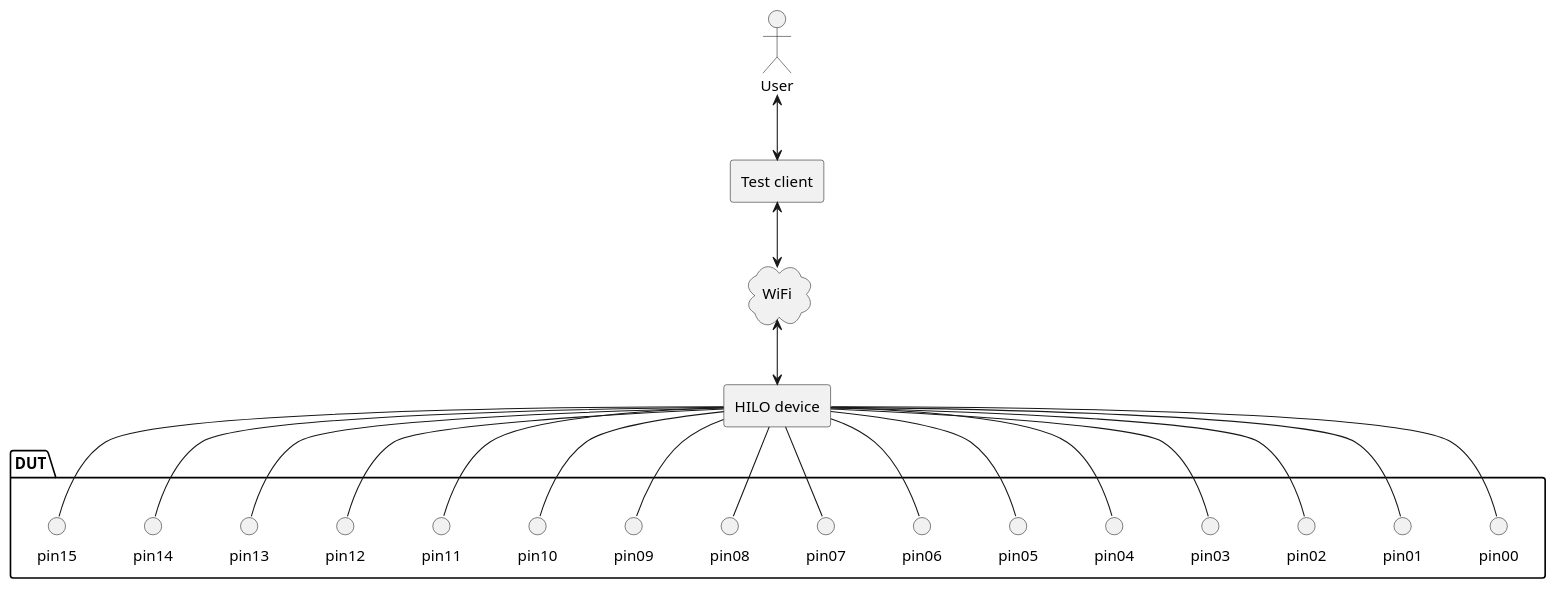
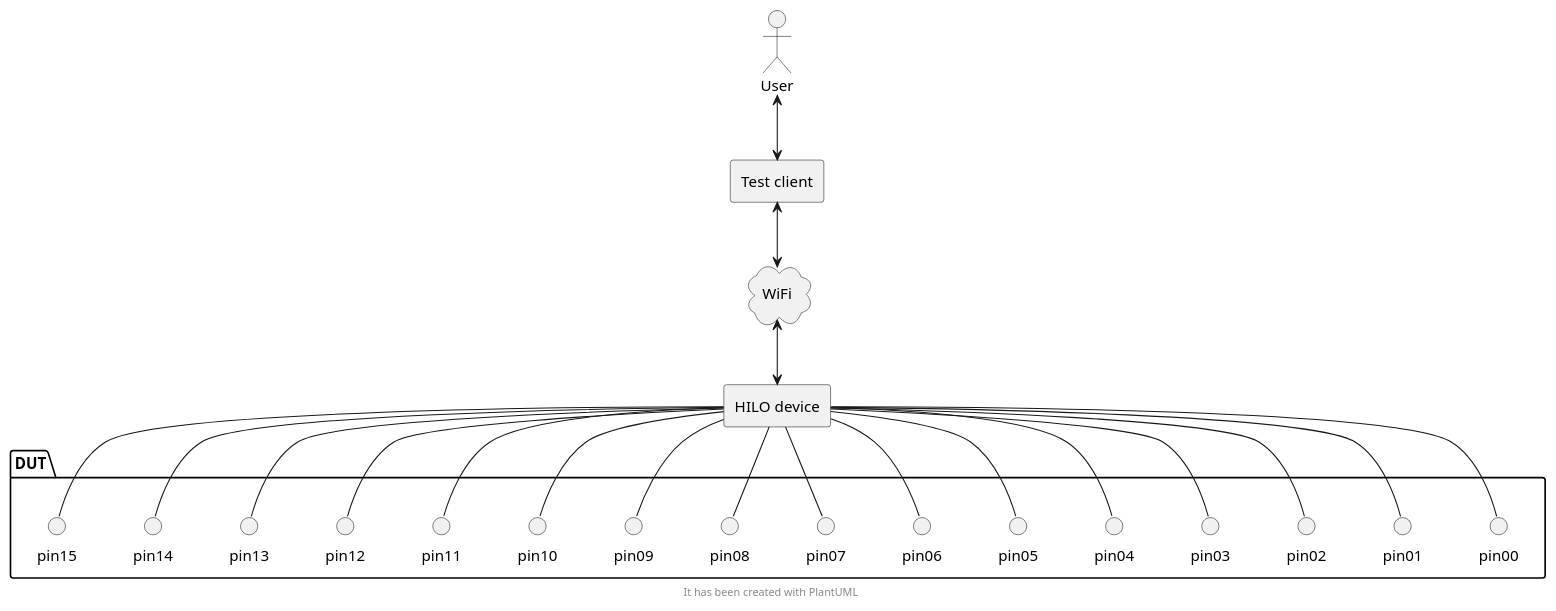
The diagram in images/overviewDiagram.puml (catinella/HILO), drawn with PlantUML before and after one commit. The commit also changed 1 other file, not shown here.

```diff
--- a/images/overviewDiagram.puml
+++ b/images/overviewDiagram.puml
@@ -1,53 +1,55 @@
 @startuml
 
 top to bottom direction
+
+footer "It has been created with PlantUML"
 
 actor User as USR
 
 cloud "WiFi" AS WLAN
 
 rectangle "Test client" as TCL
 
 rectangle "HILO device" as HILO
 
 package "DUT" as DUT {
 	circle "pin00" as DP00
 	circle "pin01" as DP01
 	circle "pin02" as DP02
 	circle "pin03" as DP03
 	circle "pin04" as DP04
 	circle "pin05" as DP05
 	circle "pin06" as DP06
 	circle "pin07" as DP07
 	circle "pin08" as DP08
 	circle "pin09" as DP09
 	circle "pin10" as DP10
 	circle "pin11" as DP11
 	circle "pin12" as DP12
 	circle "pin13" as DP13
 	circle "pin14" as DP14
 	circle "pin15" as DP15
 }
 
 USR  <-down-> TCL
 TCL  <-down-> WLAN
 WLAN <-down-> HILO
 
 HILO -down- DP00
 HILO -down- DP01
 HILO -down- DP02
 HILO -down- DP03
 HILO -down- DP04
 HILO -down- DP05
 HILO -down- DP06
 HILO -down- DP07
 HILO -down- DP08
 HILO -down- DP09
 HILO -down- DP10
 HILO -down- DP11
 HILO -down- DP12
 HILO -down- DP13
 HILO -down- DP14
 HILO -down- DP15
 
 @enduml
```
